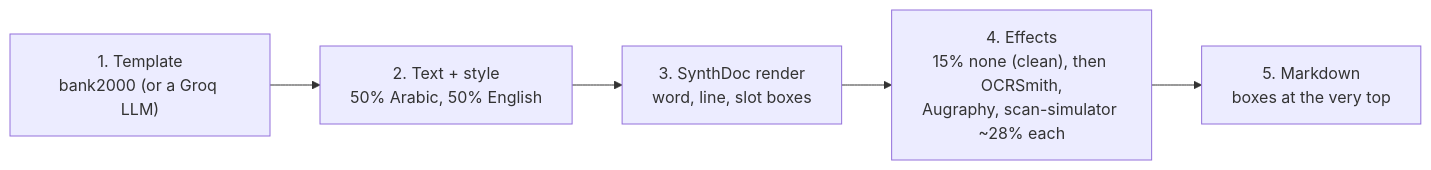
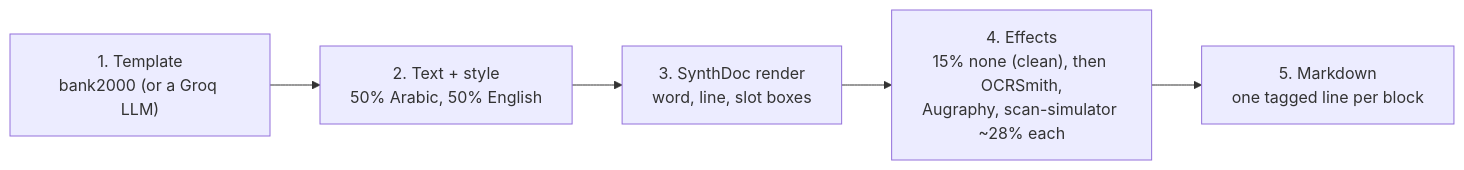
Before and after one commit to Yousef10p/OCRSynthGen: the tenth of 13 diagrams in README.md, drawn with Mermaid. The commit also changed other lines of this file and 6 other files, not shown here.

````diff
--- a/README.md
+++ b/README.md
@@ -519,7 +519,7 @@
 ```mermaid
 flowchart LR
     T["1. Template<br/>bank2000 (or a Groq LLM)"] --> F["2. Text + style<br/>50% Arabic, 50% English"]
     F --> R["3. SynthDoc render<br/>word, line, slot boxes"]
     R --> E["4. Effects<br/>15% none (clean), then OCRSmith,<br/>Augraphy, scan-simulator ~28% each"]
-    E --> M["5. Markdown<br/>boxes at the very top"]
+    E --> M["5. Markdown<br/>one tagged line per block"]
 ```
````
